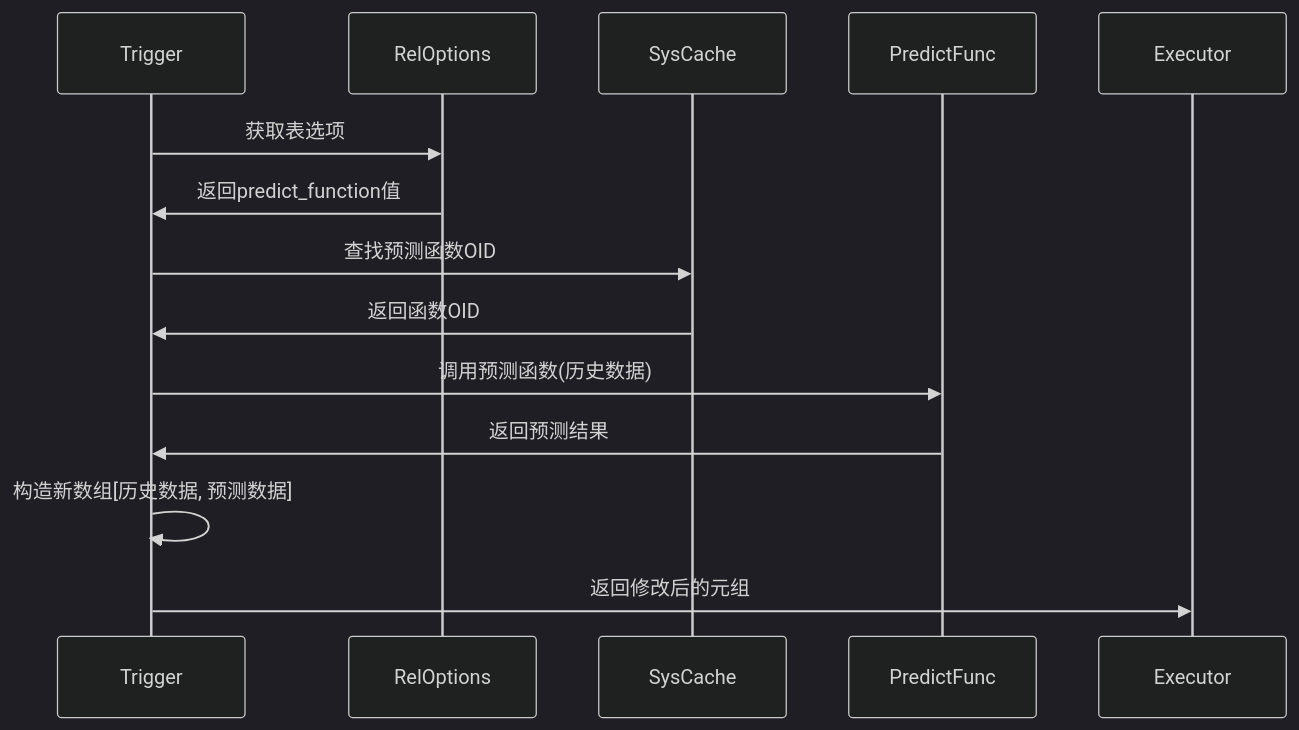
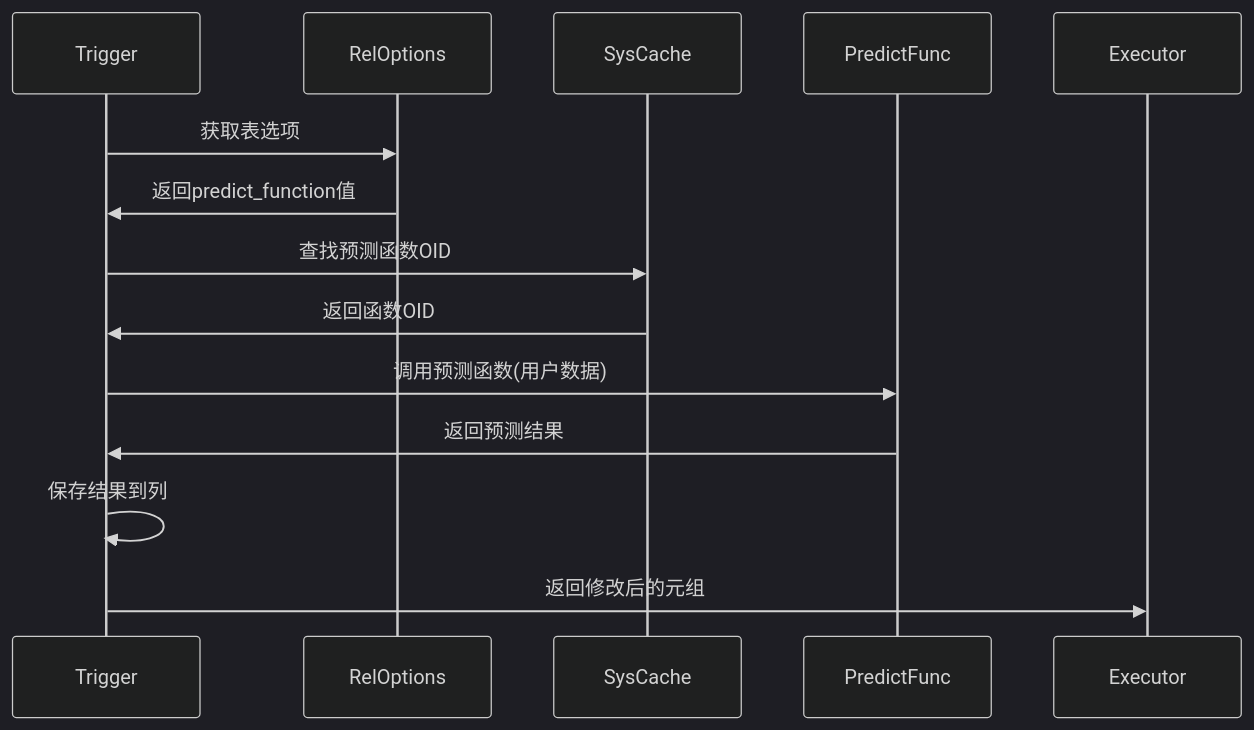
One commit to ZhongChaoqiang/postgres changed the fourth of 5 diagrams in doc/predict/PREDICT_DETAILED_DESIGN.md. Above: the diagram before and after it, drawn with Mermaid (dark theme). The commit also changed other lines of this file and 4 other files, not shown here.

````diff
--- a/doc/predict/PREDICT_DETAILED_DESIGN.md
+++ b/doc/predict/PREDICT_DETAILED_DESIGN.md
@@ -505,17 +517,17 @@
 ```mermaid
 sequenceDiagram
     participant Trigger
     participant RelOptions
     participant SysCache
     participant PredictFunc
     participant Executor
     
     Trigger->>RelOptions: 获取表选项
     RelOptions->>Trigger: 返回predict_function值
     Trigger->>SysCache: 查找预测函数OID
     SysCache->>Trigger: 返回函数OID
-    Trigger->>PredictFunc: 调用预测函数(历史数据)
+    Trigger->>PredictFunc: 调用预测函数(用户数据)
     PredictFunc->>Trigger: 返回预测结果
-    Trigger->>Trigger: 构造新数组[历史数据, 预测数据]
+    Trigger->>Trigger: 保存结果到列
     Trigger->>Executor: 返回修改后的元组
 ```
````
